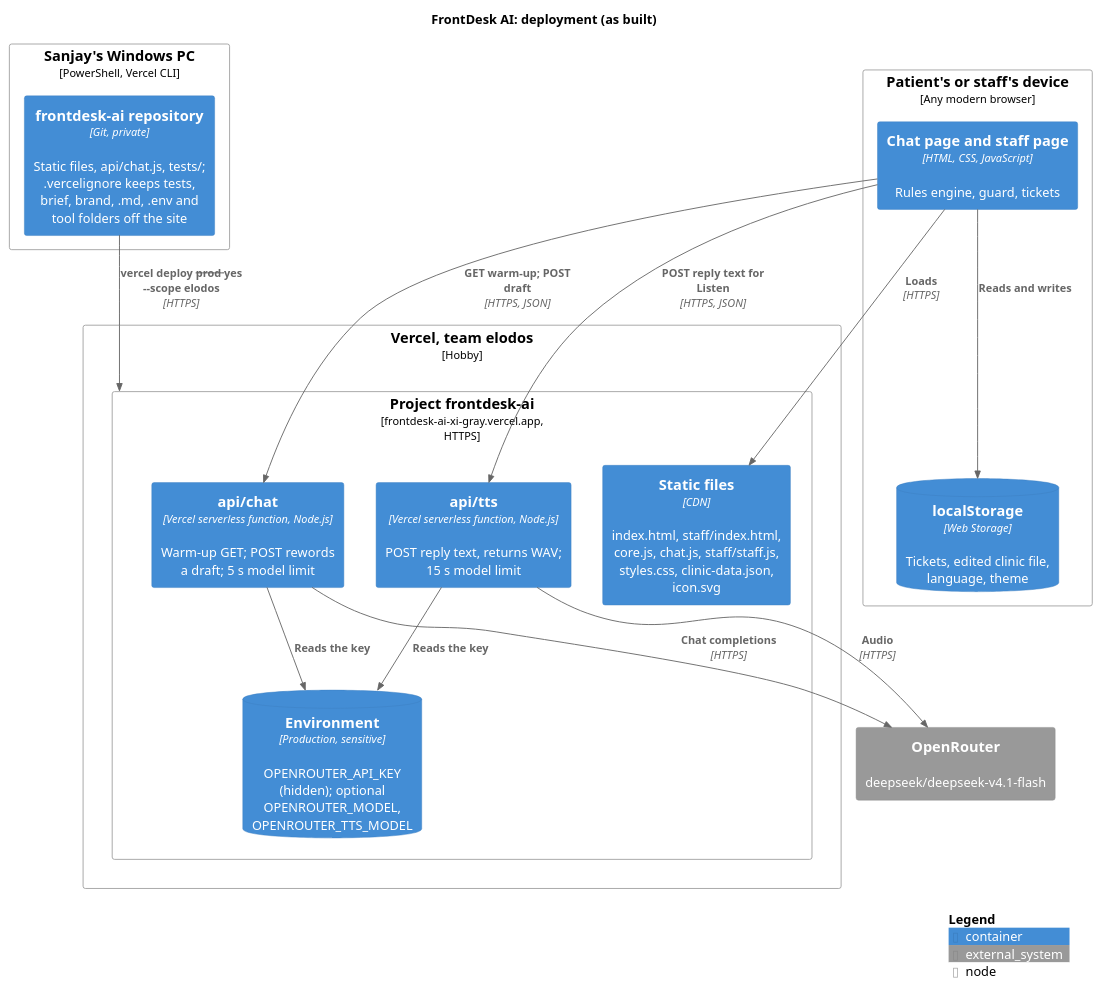
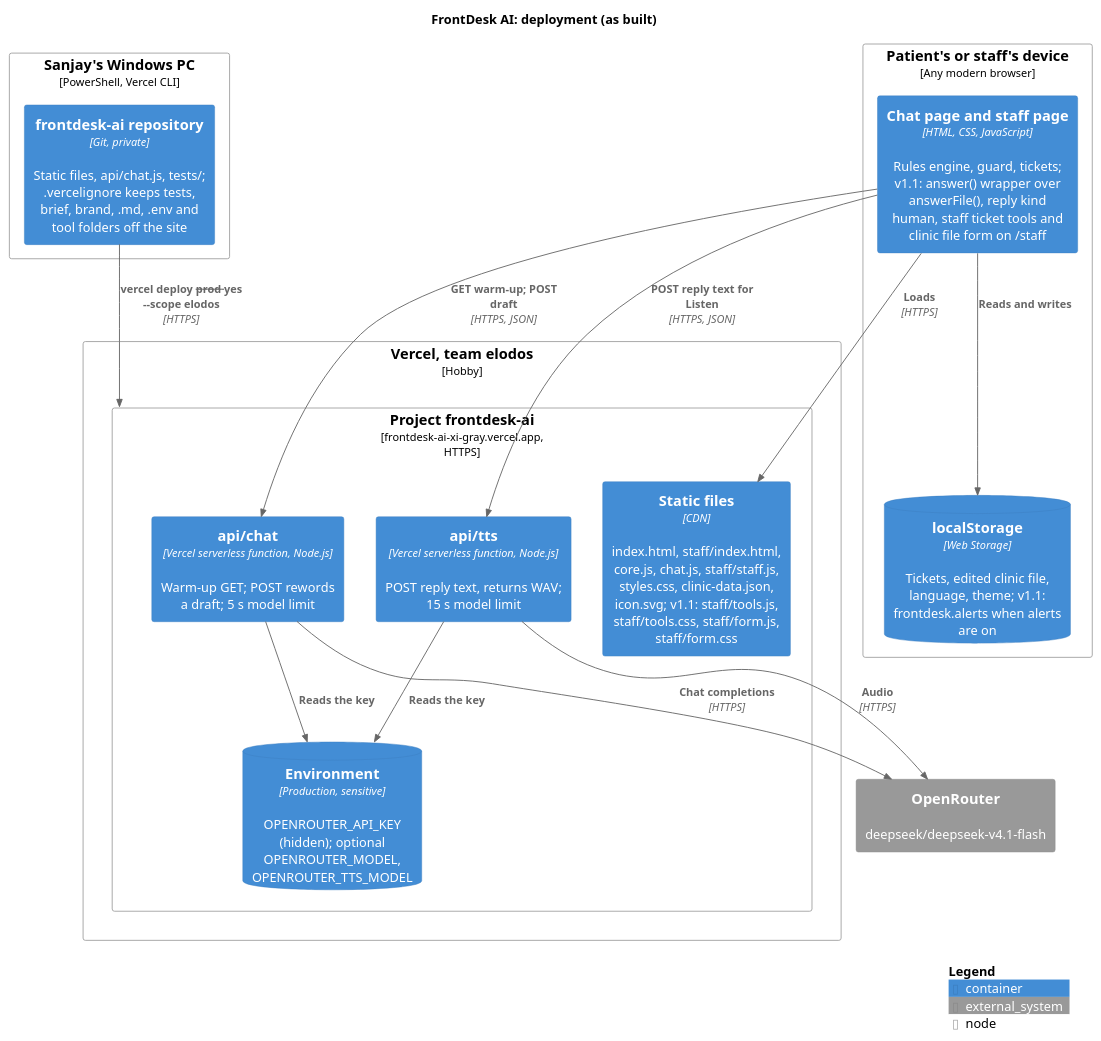
One commit to karwasanjay007/frontdesk-ai-docs changed the diagram in docs/diagrams/deployment.puml. Above: the diagram before and after it, drawn with PlantUML. The commit also changed 5 other files, not shown here.

First line of the commit message:
Diagrams for version 1.1.0.0: container, component and deployment show the staff add-ons, the engine wrapper and the new files

```diff
--- a/docs/diagrams/deployment.puml
+++ b/docs/diagrams/deployment.puml
@@ -1,36 +1,36 @@
 @startuml deployment
 !include <C4/C4_Deployment>
 title FrontDesk AI: deployment (as built)
 
 Deployment_Node(dev, "Sanjay's Windows PC", "PowerShell, Vercel CLI") {
   Container(src, "frontdesk-ai repository", "Git, private", "Static files, api/chat.js, tests/; .vercelignore keeps tests, brief, brand, .md, .env and tool folders off the site")
 }
 
 Deployment_Node(vercel, "Vercel, team elodos", "Hobby") {
   Deployment_Node(proj, "Project frontdesk-ai", "frontdesk-ai-xi-gray.vercel.app, HTTPS") {
-    Container(static, "Static files", "CDN", "index.html, staff/index.html, core.js, chat.js, staff/staff.js, styles.css, clinic-data.json, icon.svg")
+    Container(static, "Static files", "CDN", "index.html, staff/index.html, core.js, chat.js, staff/staff.js, styles.css, clinic-data.json, icon.svg; v1.1: staff/tools.js, staff/tools.css, staff/form.js, staff/form.css")
     Container(fn, "api/chat", "Vercel serverless function, Node.js", "Warm-up GET; POST rewords a draft; 5 s model limit")
     Container(tts, "api/tts", "Vercel serverless function, Node.js", "POST reply text, returns WAV; 15 s model limit")
     ContainerDb(env, "Environment", "Production, sensitive", "OPENROUTER_API_KEY (hidden); optional OPENROUTER_MODEL, OPENROUTER_TTS_MODEL")
   }
 }
 
 Deployment_Node(device, "Patient's or staff's device", "Any modern browser") {
-  Container(pages, "Chat page and staff page", "HTML, CSS, JavaScript", "Rules engine, guard, tickets")
-  ContainerDb(ls, "localStorage", "Web Storage", "Tickets, edited clinic file, language, theme")
+  Container(pages, "Chat page and staff page", "HTML, CSS, JavaScript", "Rules engine, guard, tickets; v1.1: answer() wrapper over answerFile(), reply kind human, staff ticket tools and clinic file form on /staff")
+  ContainerDb(ls, "localStorage", "Web Storage", "Tickets, edited clinic file, language, theme; v1.1: frontdesk.alerts when alerts are on")
 }
 
 System_Ext(openrouter, "OpenRouter", "deepseek/deepseek-v4.1-flash")
 
 Rel(src, proj, "vercel deploy --prod --yes --scope elodos", "HTTPS")
 Rel(pages, static, "Loads", "HTTPS")
 Rel(pages, fn, "GET warm-up; POST draft", "HTTPS, JSON")
 Rel(pages, tts, "POST reply text for Listen", "HTTPS, JSON")
 Rel(tts, env, "Reads the key")
 Rel(tts, openrouter, "Audio", "HTTPS")
 Rel(fn, env, "Reads the key")
 Rel(fn, openrouter, "Chat completions", "HTTPS")
 Rel(pages, ls, "Reads and writes")
 
 SHOW_LEGEND()
 @enduml
```
